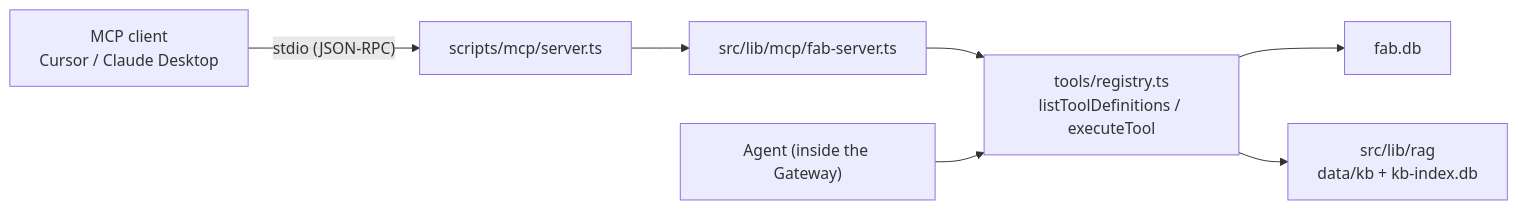
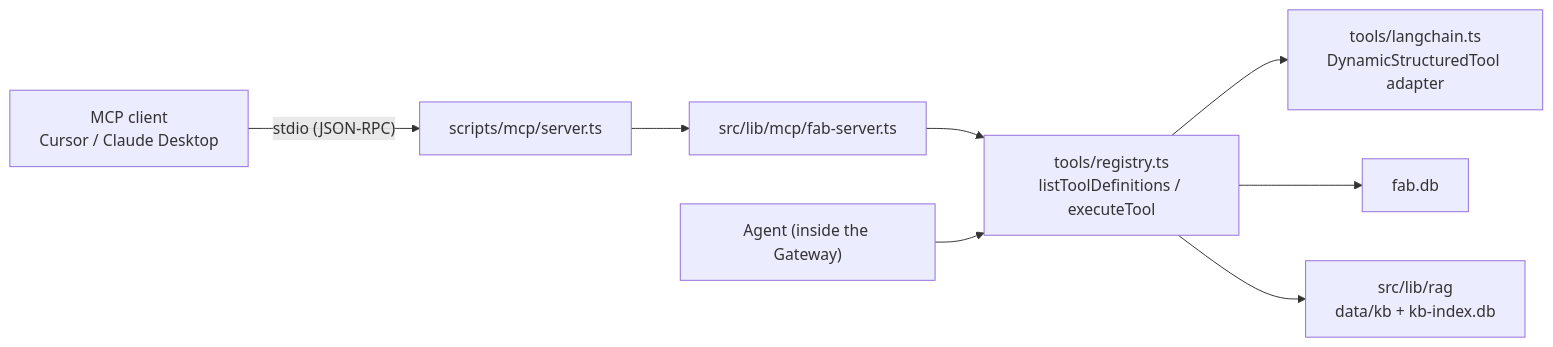
One commit to sunguchuan/star-track-demo changed the second of 2 diagrams in docs/en/ai-gateway.md. Above: the diagram before and after it, drawn with Mermaid. The commit also changed other lines of this file and 6 other files, not shown here.

First line of the commit message:
用 LangChain StructuredTool 适配现有产线与知识库工具

````diff
--- a/docs/en/ai-gateway.md
+++ b/docs/en/ai-gateway.md
@@ -587,9 +587,10 @@
 ```mermaid
 flowchart LR
   C["MCP client<br/>Cursor / Claude Desktop"] -- "stdio (JSON-RPC)" --> S["scripts/mcp/server.ts"]
   S --> F["src/lib/mcp/fab-server.ts"]
   F --> R["tools/registry.ts<br/>listToolDefinitions / executeTool"]
+  R --> LC["tools/langchain.ts<br/>DynamicStructuredTool adapter"]
   R --> D["fab.db"]
   R --> K["src/lib/rag<br/>data/kb + kb-index.db"]
   A["Agent (inside the Gateway)"] --> R
 ```
````
